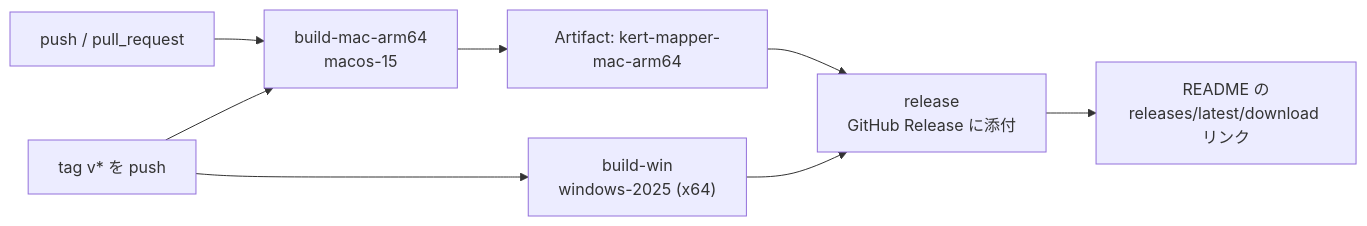
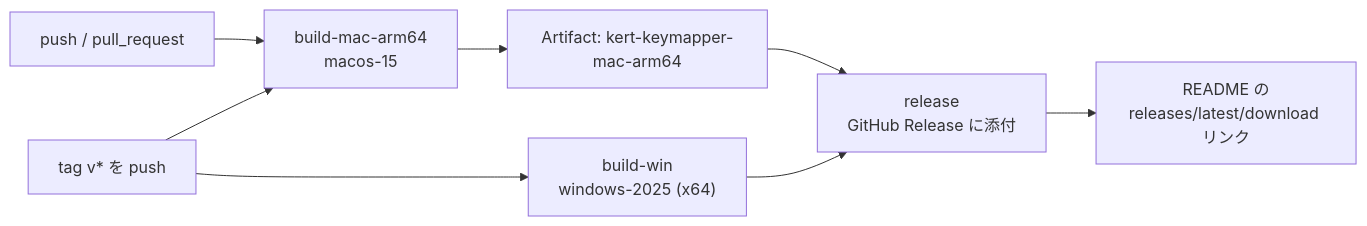
Before and after one commit to digitarhythm/KeRT-Keymapper: the second of 2 diagrams in util/macos/README.md, drawn with Mermaid. The commit also changed other lines of this file and 71 other files, not shown here.

````diff
--- a/util/macos/README.md
+++ b/util/macos/README.md
@@ -57,10 +57,10 @@
 ```mermaid
 flowchart LR
     P["push / pull_request"] --> A["build-mac-arm64<br/>macos-15"]
-    A --> AA["Artifact: kert-mapper-mac-arm64"]
+    A --> AA["Artifact: kert-keymapper-mac-arm64"]
     T["tag v* を push"] --> A
     T --> W["build-win<br/>windows-2025 (x64)"]
     AA --> R["release<br/>GitHub Release に添付"]
     W --> R
     R --> L["README の<br/>releases/latest/download リンク"]
 ```
````
